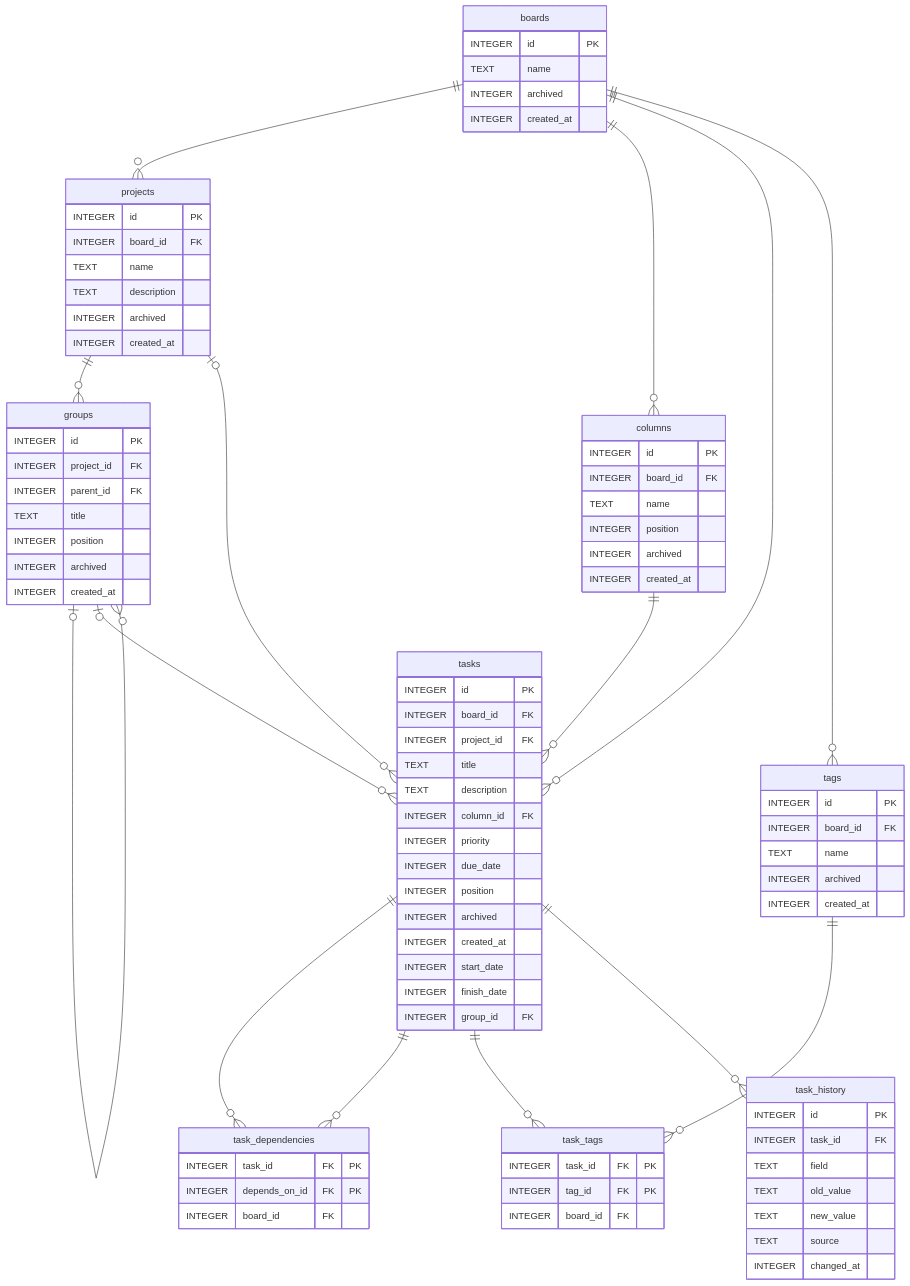
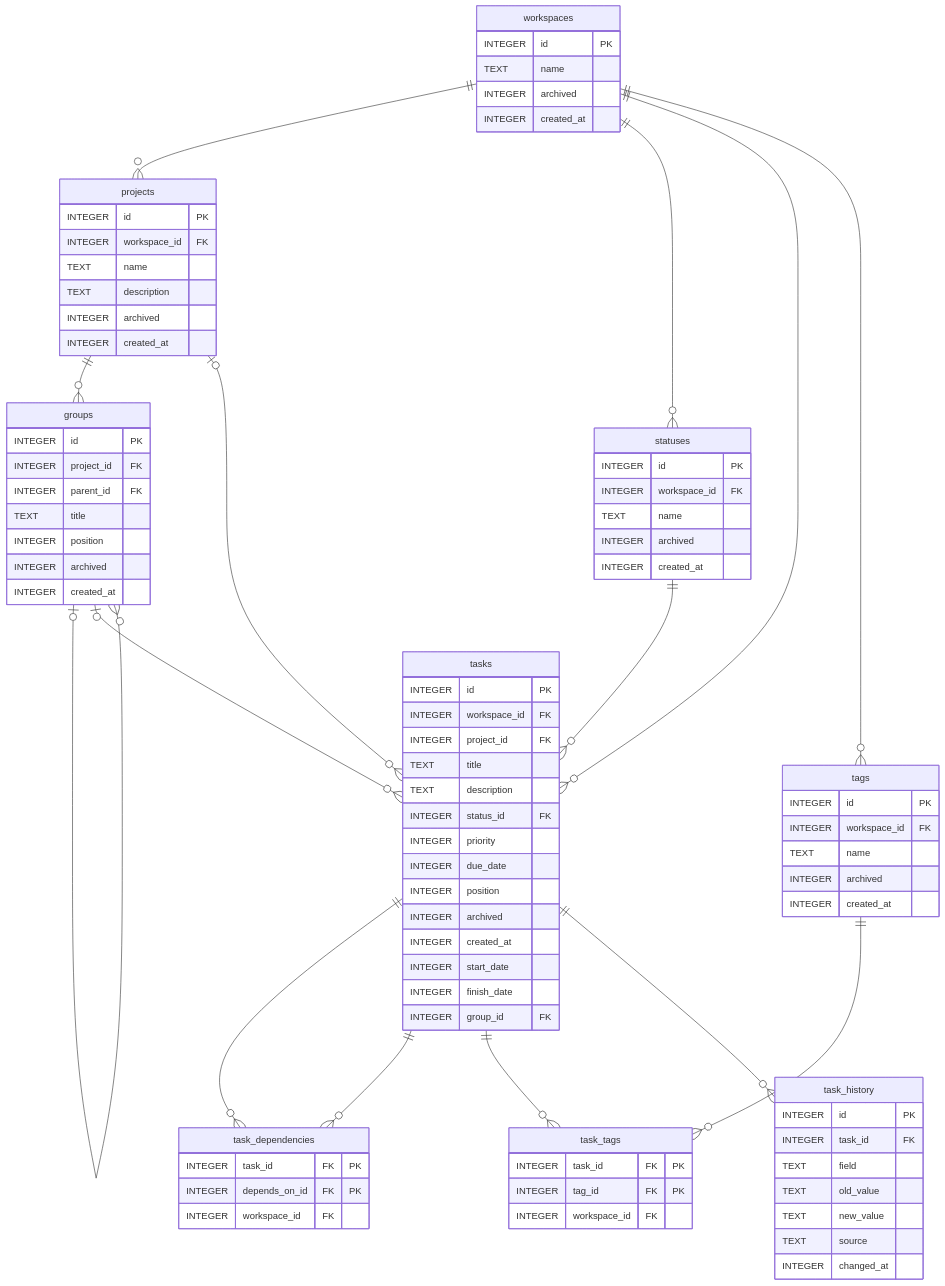
Before and after one commit to phansen314/stx: the diagram in docs/erd.md, drawn with Mermaid. The commit also changed 26 other files, not shown here.

First line of the commit message:
rename board -> workspace throughout codebase

````diff
--- a/docs/erd.md
+++ b/docs/erd.md
@@ -1,21 +1,21 @@
 ```mermaid
 erDiagram
-    boards ||--o{ projects : ""
-    boards ||--o{ columns : ""
+    workspaces ||--o{ projects : ""
+    workspaces ||--o{ statuses : ""
     projects ||--o{ groups : ""
     groups |o--o{ groups : ""
-    columns ||--o{ tasks : ""
+    statuses ||--o{ tasks : ""
     projects |o--o{ tasks : ""
-    boards ||--o{ tasks : ""
+    workspaces ||--o{ tasks : ""
     groups |o--o{ tasks : ""
     tasks ||--o{ task_dependencies : ""
     tasks ||--o{ task_dependencies : ""
-    boards ||--o{ tags : ""
+    workspaces ||--o{ tags : ""
     tasks ||--o{ task_tags : ""
     tags ||--o{ task_tags : ""
     tasks ||--o{ task_history : ""
 
-    boards {
+    workspaces {
         INTEGER id PK
         TEXT name
         INTEGER archived
@@ -24,18 +24,17 @@
 
     projects {
         INTEGER id PK
-        INTEGER board_id FK
+        INTEGER workspace_id FK
         TEXT name
         TEXT description
         INTEGER archived
         INTEGER created_at
     }
 
-    columns {
+    statuses {
         INTEGER id PK
-        INTEGER board_id FK
+        INTEGER workspace_id FK
         TEXT name
-        INTEGER position
         INTEGER archived
         INTEGER created_at
     }
@@ -52,11 +51,11 @@
 
     tasks {
         INTEGER id PK
-        INTEGER board_id FK
+        INTEGER workspace_id FK
         INTEGER project_id FK
         TEXT title
         TEXT description
-        INTEGER column_id FK
+        INTEGER status_id FK
         INTEGER priority
         INTEGER due_date
         INTEGER position
@@ -70,12 +69,12 @@
     task_dependencies {
         INTEGER task_id FK "PK"
         INTEGER depends_on_id FK "PK"
-        INTEGER board_id FK
+        INTEGER workspace_id FK
     }
 
     tags {
         INTEGER id PK
-        INTEGER board_id FK
+        INTEGER workspace_id FK
         TEXT name
         INTEGER archived
         INTEGER created_at
@@ -84,7 +83,7 @@
     task_tags {
         INTEGER task_id FK "PK"
         INTEGER tag_id FK "PK"
-        INTEGER board_id FK
+        INTEGER workspace_id FK
     }
 
     task_history {
````
